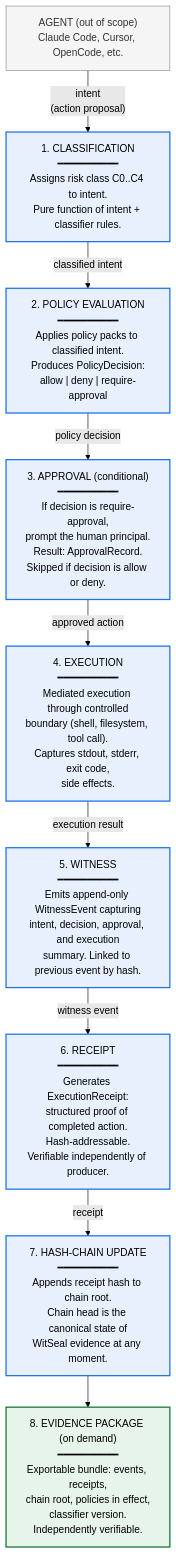
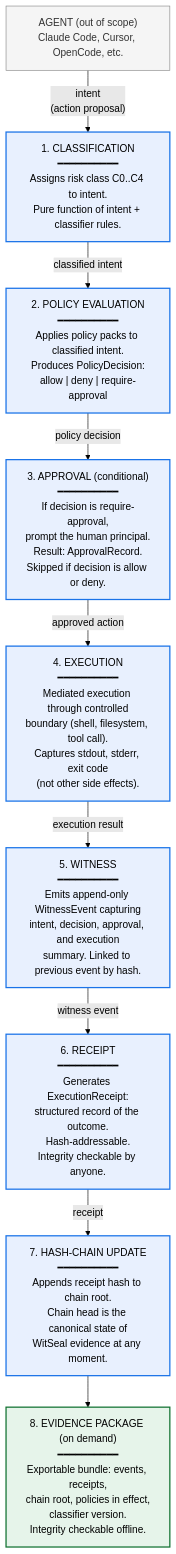
The first of 7 diagrams in docs/ARCHITECTURE.md (WitSeal/witseal), drawn with Mermaid (forest theme) before and after one commit. The commit also changed other lines of this file and 8 other files, not shown here.

````diff
--- a/docs/ARCHITECTURE.md
+++ b/docs/ARCHITECTURE.md
@@ -76,33 +76,33 @@
 ```mermaid
 flowchart TD
     AGENT["AGENT (out of scope)<br/>Claude Code, Cursor, OpenCode, etc."]:::external
 
     AGENT -- "intent<br/>(action proposal)" --> CLASS
 
     CLASS["1. CLASSIFICATION<br/>━━━━━━━━━━<br/>Assigns risk class C0..C4 to intent.<br/>Pure function of intent + classifier rules."]:::stage
     CLASS -- "classified intent" --> POLICY
 
     POLICY["2. POLICY EVALUATION<br/>━━━━━━━━━━<br/>Applies policy packs to classified intent.<br/>Produces PolicyDecision:<br/>allow | deny | require-approval"]:::stage
     POLICY -- "policy decision" --> APPROVAL
 
     APPROVAL["3. APPROVAL (conditional)<br/>━━━━━━━━━━<br/>If decision is require-approval,<br/>prompt the human principal.<br/>Result: ApprovalRecord.<br/>Skipped if decision is allow or deny."]:::stage
     APPROVAL -- "approved action" --> EXEC
 
-    EXEC["4. EXECUTION<br/>━━━━━━━━━━<br/>Mediated execution through controlled<br/>boundary (shell, filesystem, tool call).<br/>Captures stdout, stderr, exit code,<br/>side effects."]:::stage
+    EXEC["4. EXECUTION<br/>━━━━━━━━━━<br/>Mediated execution through controlled<br/>boundary (shell, filesystem, tool call).<br/>Captures stdout, stderr, exit code<br/>(not other side effects)."]:::stage
     EXEC -- "execution result" --> WITNESS
 
     WITNESS["5. WITNESS<br/>━━━━━━━━━━<br/>Emits append-only WitnessEvent capturing<br/>intent, decision, approval, and execution<br/>summary. Linked to previous event by hash."]:::stage
     WITNESS -- "witness event" --> RECEIPT
 
-    RECEIPT["6. RECEIPT<br/>━━━━━━━━━━<br/>Generates ExecutionReceipt:<br/>structured proof of completed action.<br/>Hash-addressable.<br/>Verifiable independently of producer."]:::stage
+    RECEIPT["6. RECEIPT<br/>━━━━━━━━━━<br/>Generates ExecutionReceipt:<br/>structured record of the outcome.<br/>Hash-addressable.<br/>Integrity checkable by anyone."]:::stage
     RECEIPT -- "receipt" --> CHAIN
 
     CHAIN["7. HASH-CHAIN UPDATE<br/>━━━━━━━━━━<br/>Appends receipt hash to chain root.<br/>Chain head is the canonical state of<br/>WitSeal evidence at any moment."]:::stage
     CHAIN --> EVIDENCE
 
-    EVIDENCE["8. EVIDENCE PACKAGE (on demand)<br/>━━━━━━━━━━<br/>Exportable bundle: events, receipts,<br/>chain root, policies in effect,<br/>classifier version.<br/>Independently verifiable."]:::output
+    EVIDENCE["8. EVIDENCE PACKAGE (on demand)<br/>━━━━━━━━━━<br/>Exportable bundle: events, receipts,<br/>chain root, policies in effect,<br/>classifier version.<br/>Integrity checkable offline."]:::output
 
     classDef external fill:#f5f5f5,stroke:#888,stroke-width:1px,color:#333
     classDef stage fill:#e8f0fe,stroke:#1a73e8,stroke-width:2px,color:#000
     classDef output fill:#e6f4ea,stroke:#137333,stroke-width:2px,color:#000
 ```
````
